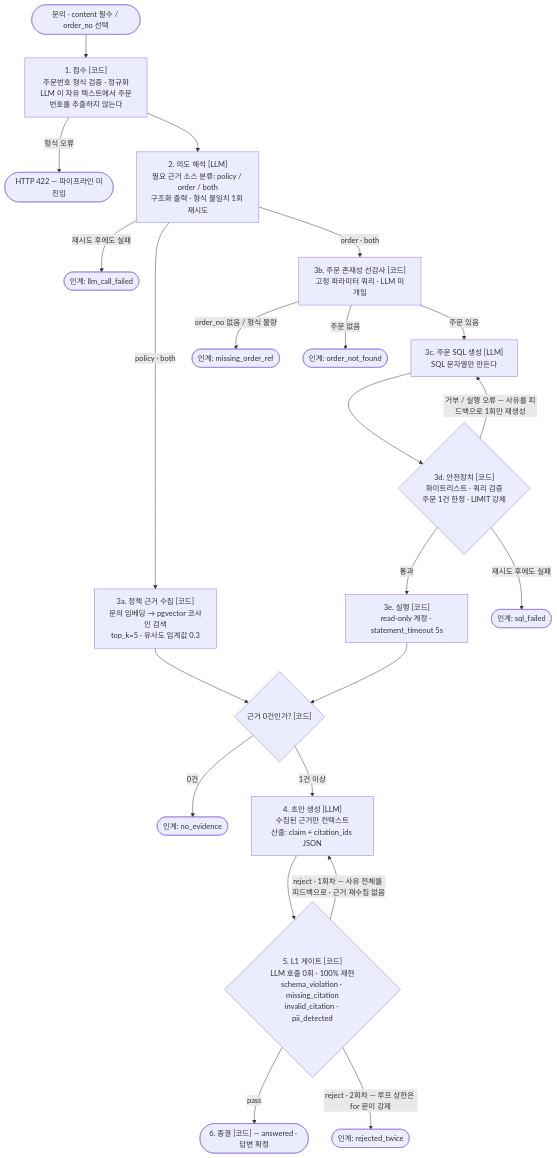
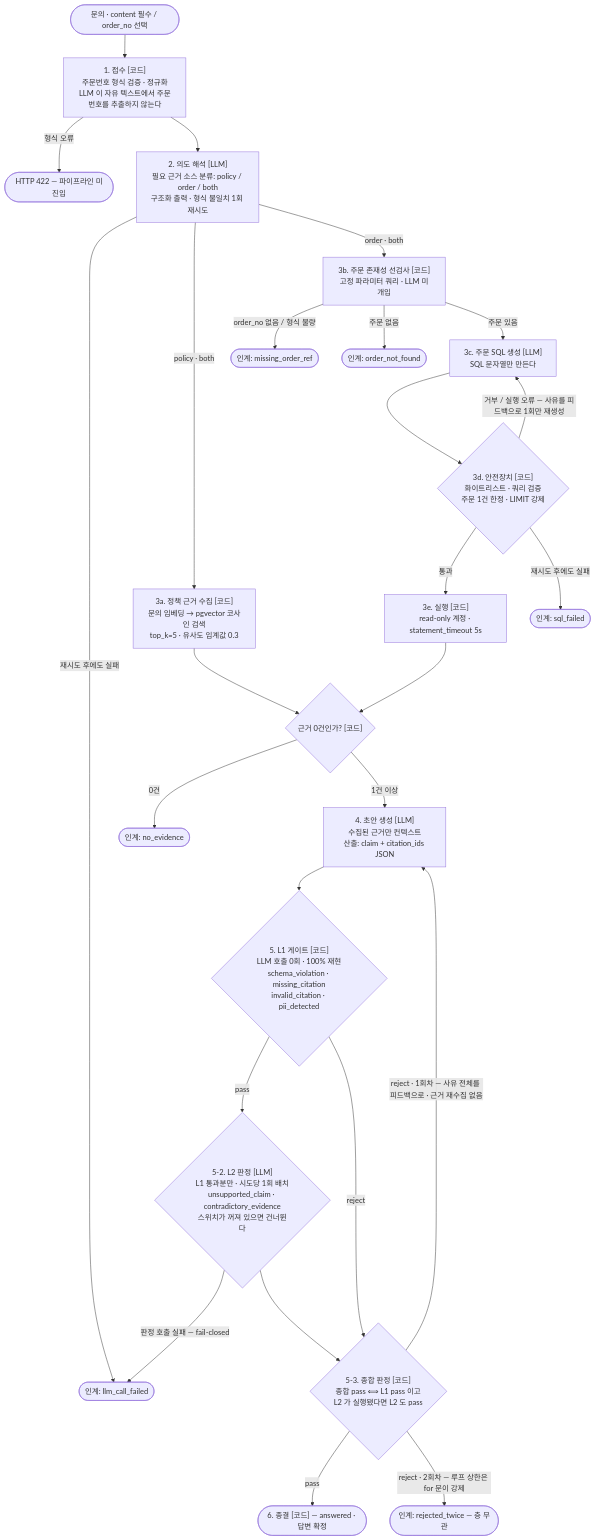
One commit to seungyoon-lee29/reply-gate changed the diagram in README.md. Above: the diagram before and after it, drawn with Mermaid. The commit also changed other lines of this file and 10 other files, not shown here.

````diff
--- a/README.md
+++ b/README.md
@@ -143,49 +181,57 @@
 ```mermaid
 flowchart TD
     IN(["문의 · content 필수 / order_no 선택"]) --> RECV
 
     RECV["1. 접수 [코드]<br/>주문번호 형식 검증 · 정규화<br/>LLM 이 자유 텍스트에서 주문번호를 추출하지 않는다"]
     RECV -- "형식 오류" --> R422(["HTTP 422 — 파이프라인 미진입"])
     RECV --> INTENT
 
     INTENT["2. 의도 해석 [LLM]<br/>필요 근거 소스 분류: policy / order / both<br/>구조화 출력 · 형식 불일치 1회 재시도"]
     INTENT -- "재시도 후에도 실패" --> E_LLM
     INTENT -- "policy · both" --> VEC
     INTENT -- "order · both" --> PRECHK
 
     VEC["3a. 정책 근거 수집 [코드]<br/>문의 임베딩 → pgvector 코사인 검색<br/>top_k=5 · 유사도 임계값 0.3"]
     VEC --> MERGE
 
     PRECHK["3b. 주문 존재성 선검사 [코드]<br/>고정 파라미터 쿼리 · LLM 미개입"]
     PRECHK -- "order_no 없음 / 형식 불량" --> E_MISS
     PRECHK -- "주문 없음" --> E_NF
     PRECHK -- "주문 있음" --> GENSQL
 
     GENSQL["3c. 주문 SQL 생성 [LLM]<br/>SQL 문자열만 만든다"]
     GENSQL --> GUARD
 
     GUARD{"3d. 안전장치 [코드]<br/>화이트리스트 · 쿼리 검증<br/>주문 1건 한정 · LIMIT 강제"}
     GUARD -- "통과" --> EXEC["3e. 실행 [코드]<br/>read-only 계정 · statement_timeout 5s"]
     GUARD -- "거부 / 실행 오류 — 사유를 피드백으로 1회만 재생성" --> GENSQL
     GUARD -- "재시도 후에도 실패" --> E_SQL
     EXEC --> MERGE
 
     MERGE{"근거 0건인가? [코드]"}
     MERGE -- "0건" --> E_NOEV
     MERGE -- "1건 이상" --> DRAFT
 
     DRAFT["4. 초안 생성 [LLM]<br/>수집된 근거만 컨텍스트<br/>산출: claim + citation_ids JSON"]
     DRAFT --> L1
 
     L1{"5. L1 게이트 [코드]<br/>LLM 호출 0회 · 100% 재현<br/>schema_violation · missing_citation<br/>invalid_citation · pii_detected"}
-    L1 -- "pass" --> DONE(["6. 종결 [코드] — answered · 답변 확정"])
-    L1 -- "reject · 1회차 — 사유 전체를 피드백으로 · 근거 재수집 없음" --> DRAFT
-    L1 -- "reject · 2회차 — 루프 상한은 for 문이 강제" --> E_TWICE
+    L1 -- "pass" --> L2
+    L1 -- "reject" --> COMB
+
+    L2{"5-2. L2 판정 [LLM]<br/>L1 통과분만 · 시도당 1회 배치<br/>unsupported_claim · contradictory_evidence<br/>스위치가 꺼져 있으면 건너뛴다"}
+    L2 -- "판정 호출 실패 — fail-closed" --> E_LLM
+    L2 --> COMB
+
+    COMB{"5-3. 종합 판정 [코드]<br/>종합 pass ⟺ L1 pass 이고<br/>L2 가 실행됐다면 L2 도 pass"}
+    COMB -- "pass" --> DONE(["6. 종결 [코드] — answered · 답변 확정"])
+    COMB -- "reject · 1회차 — 사유 전체를 피드백으로 · 근거 재수집 없음" --> DRAFT
+    COMB -- "reject · 2회차 — 루프 상한은 for 문이 강제" --> E_TWICE
 
     E_MISS(["인계: missing_order_ref"])
     E_NF(["인계: order_not_found"])
     E_SQL(["인계: sql_failed"])
     E_LLM(["인계: llm_call_failed"])
     E_NOEV(["인계: no_evidence"])
-    E_TWICE(["인계: rejected_twice"])
+    E_TWICE(["인계: rejected_twice — 층 무관"])
 ```
````
